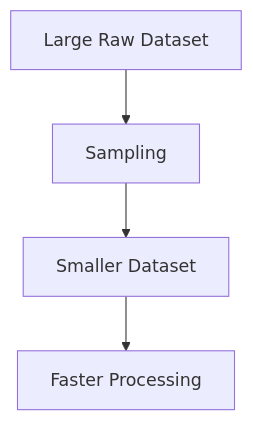
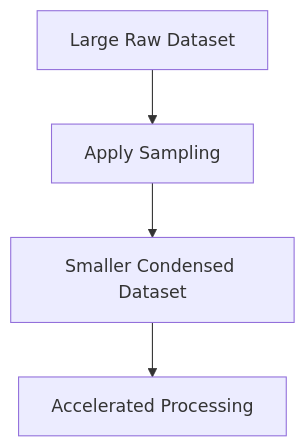
Before and after one commit to Balasubramanian-pg/MSC.-Data-Science-AI: the second of 8 diagrams in Trimester 1/Data Preprocessing/W06 - Data Reduction/L1/6.3. Data Sampling.md, drawn with Mermaid. The commit also changed other lines of this file, not shown here.

Commit message:
Update 6.3. Data Sampling.md

````diff
--- a/Trimester 1/Data Preprocessing/W06 - Data Reduction/L1/6.3. Data Sampling.md
+++ b/Trimester 1/Data Preprocessing/W06 - Data Reduction/L1/6.3. Data Sampling.md
@@ -138,9 +78,7 @@
 ```mermaid
 flowchart TD
     A[Large Raw Dataset]
-    --> B[Sampling]
-
-    B --> C[Smaller Dataset]
-
-    C --> D[Faster Processing]
+    --> B[Apply Sampling]
+    B --> C[Smaller Condensed Dataset]
+    C --> D[Accelerated Processing]
 ```
````
